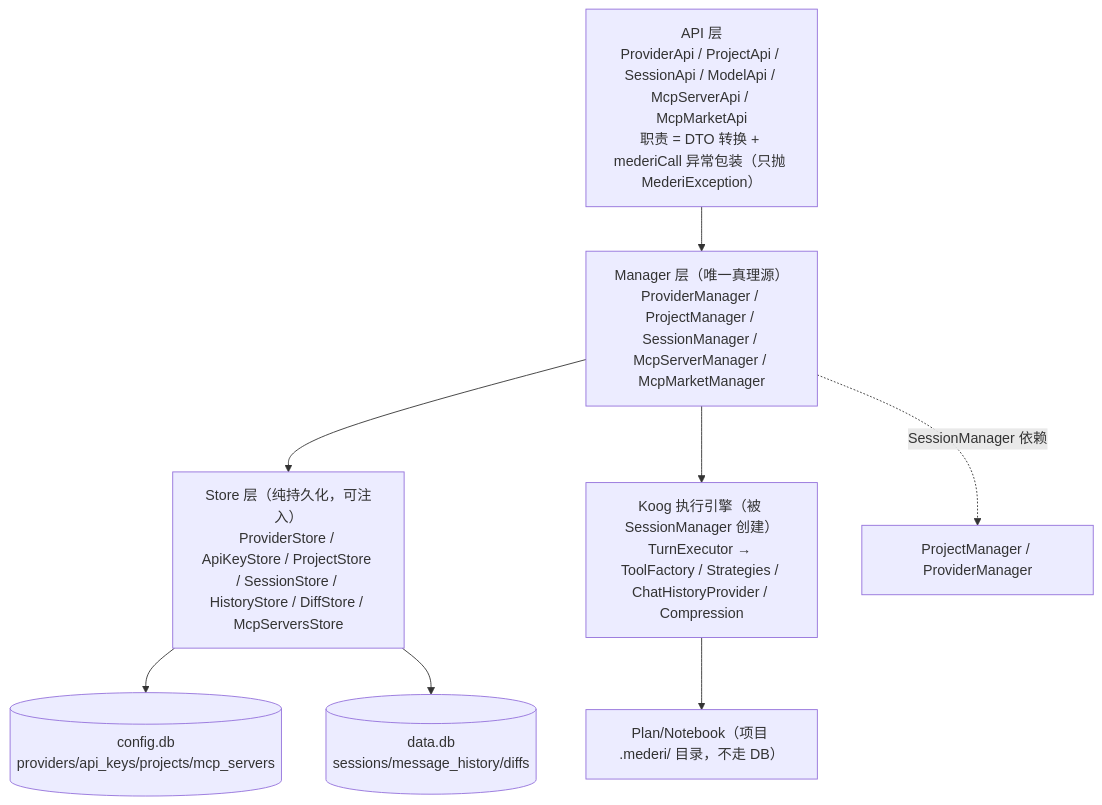
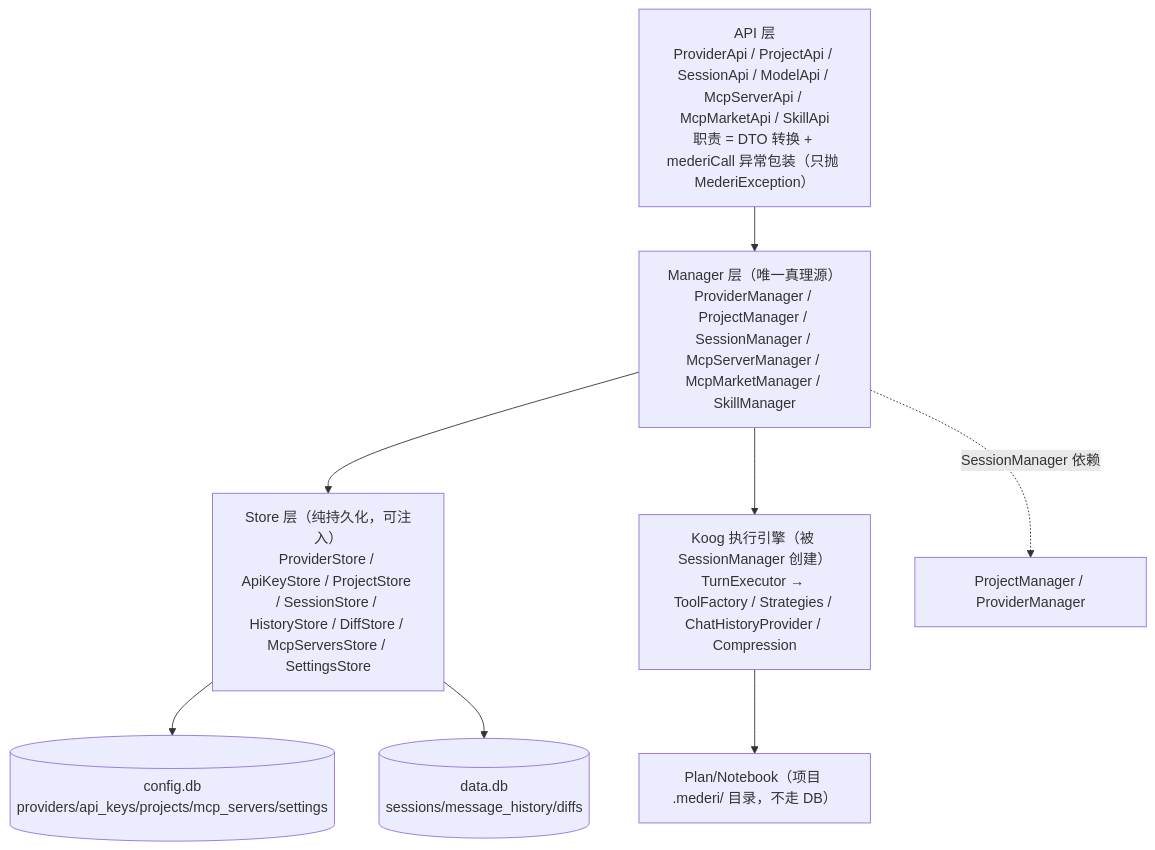
The second of 2 diagrams in mederi/docs/architecture/00-overview.md (lzdev42/mederi), drawn with Mermaid before and after one commit. The commit also changed other lines of this file and 30 other files, not shown here.

Commit message:
feat: skill management API in core and UI marketplace wiring

````diff
--- a/mederi/docs/architecture/00-overview.md
+++ b/mederi/docs/architecture/00-overview.md
@@ -124,18 +124,18 @@
 ```mermaid
 flowchart TD
-    A["API 层<br/>ProviderApi / ProjectApi / SessionApi / ModelApi / McpServerApi / McpMarketApi<br/>职责 = DTO 转换 + mederiCall 异常包装（只抛 MederiException）"]
-    M["Manager 层（唯一真理源）<br/>ProviderManager / ProjectManager / SessionManager / McpServerManager / McpMarketManager"]
-    S["Store 层（纯持久化，可注入）<br/>ProviderStore / ApiKeyStore / ProjectStore / SessionStore / HistoryStore / DiffStore / McpServersStore"]
+    A["API 层<br/>ProviderApi / ProjectApi / SessionApi / ModelApi / McpServerApi / McpMarketApi / SkillApi<br/>职责 = DTO 转换 + mederiCall 异常包装（只抛 MederiException）"]
+    M["Manager 层（唯一真理源）<br/>ProviderManager / ProjectManager / SessionManager / McpServerManager / McpMarketManager / SkillManager"]
+    S["Store 层（纯持久化，可注入）<br/>ProviderStore / ApiKeyStore / ProjectStore / SessionStore / HistoryStore / DiffStore / McpServersStore / SettingsStore"]
     T["Koog 执行引擎（被 SessionManager 创建）<br/>TurnExecutor → ToolFactory / Strategies / ChatHistoryProvider / Compression"]
     P["Plan/Notebook（项目 .mederi/ 目录，不走 DB）"]
-    DB[("config.db<br/>providers/api_keys/projects/mcp_servers")]
+    DB[("config.db<br/>providers/api_keys/projects/mcp_servers/settings")]
     DB2[("data.db<br/>sessions/message_history/diffs")]
 
     A --> M
     M --> S
     M -.SessionManager 依赖.-> M2["ProjectManager / ProviderManager"]
     M --> T
     T --> P
     S --> DB
     S --> DB2
 ```
````
